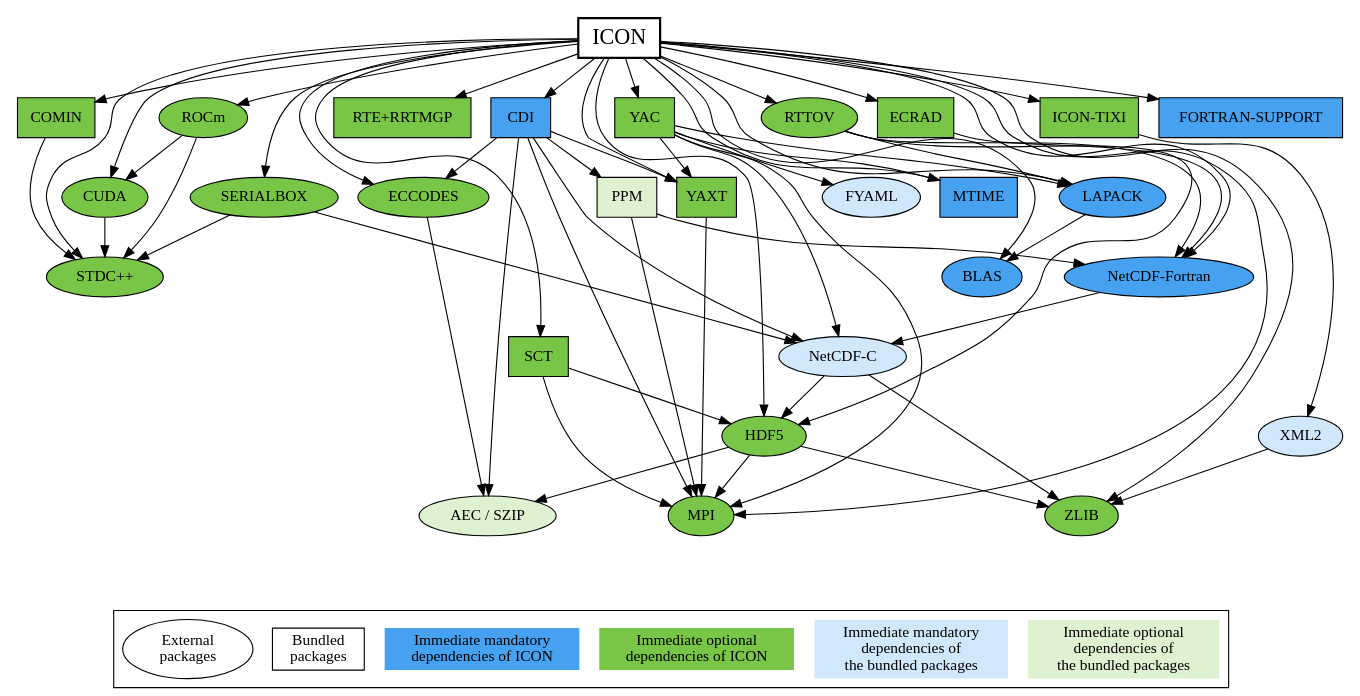
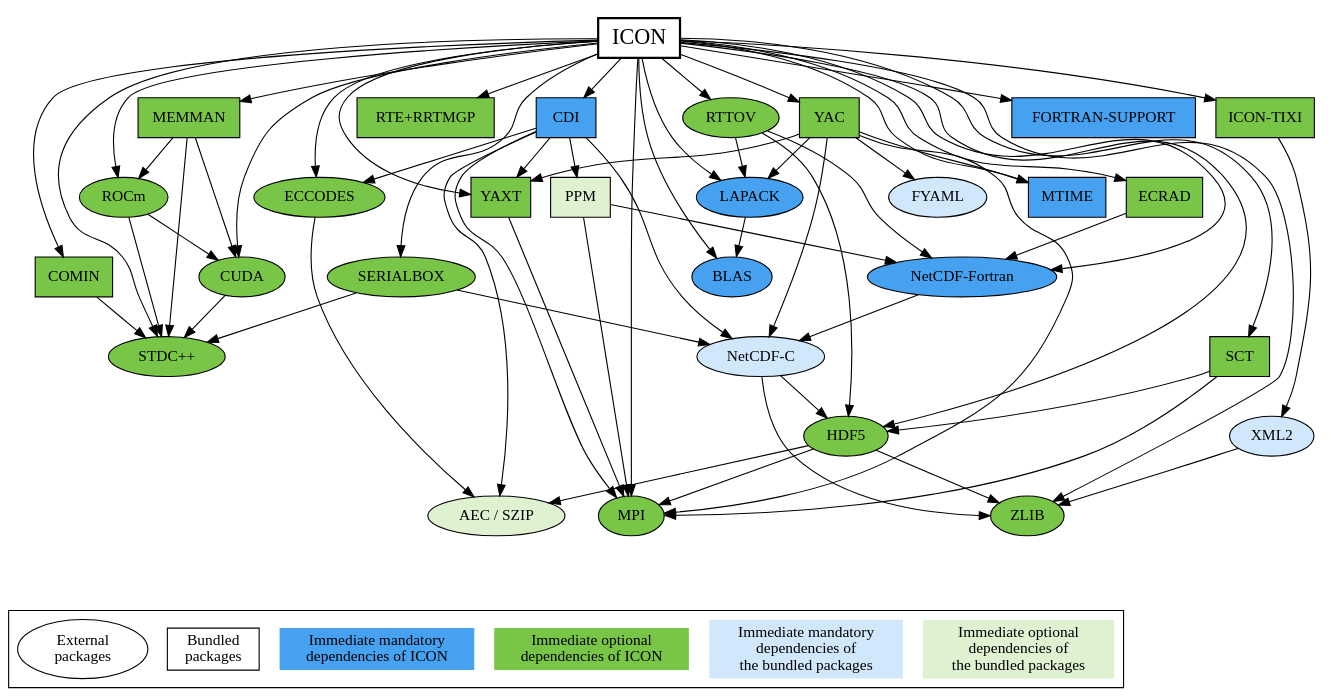
Before and after one commit to leuty/icon-model: the diagram in doc/www/buildrun/icon-depgraph.dot, drawn with Graphviz. The commit also changed 34 other files, not shown here.

```diff
--- a/doc/www/buildrun/icon-depgraph.dot
+++ b/doc/www/buildrun/icon-depgraph.dot
@@ -1,122 +1,125 @@
 // ICON
 //
 // ---------------------------------------------------------------
 // Copyright (C) 2004-2025, DWD, MPI-M, DKRZ, KIT, ETH, MeteoSwiss
 // Contact information: icon-model.org
 // See AUTHORS.TXT for a list of authors
 // See LICENSES/ for license information
 // SPDX-License-Identifier: BSD-3-Clause
 // ---------------------------------------------------------------
 
 digraph ICON {
 
 	bgcolor="transparent"
 
 	node [style=filled; shape=oval; fillcolor="#79C547"];
 
 	subgraph clusterMain {
 
 		graph [peripheries=0];
 
 		"ICON" [shape=box; fillcolor=white; fontsize=20; penwidth=2.0];
 		"ICON" -> {"STDC++"; "CUDA"; "ROCm"; "MPI"; "ZLIB"; "HDF5";
 			       "NetCDF-Fortran"; "RTE+RRTMGP"; "ECRAD"; "BLAS";
 			       "LAPACK"; "RTTOV"; "SCT"; "YAXT"; "ECCODES";
 			       "CDI"; "SERIALBOX"; "MTIME"; "YAC"; "ICON-TIXI";
-			       "COMIN"; "FORTRAN-SUPPORT"};
+			       "COMIN"; "FORTRAN-SUPPORT"; "MEMMAN"; };
 
 		"STDC++";
 
 		"CUDA";
 		"CUDA" -> {"STDC++"};
 
 		"ROCm";
 		"ROCm" -> {"STDC++"; "CUDA"};
 
 		"MPI";
 
 		"ZLIB";
 
 		"HDF5";
 		"HDF5" -> {"MPI"; "ZLIB"; "AEC / SZIP"};
 
 		"NetCDF-Fortran" [shape=oval; fillcolor="#47A1F1"]
 		"NetCDF-Fortran" -> {"NetCDF-C"};
 
 		"RTE+RRTMGP" [shape=box];
 
 		"ECRAD" [shape=box];
 		"ECRAD" -> {"NetCDF-Fortran"};
 
 		"BLAS" [fillcolor="#47A1F1"];
 
 		"LAPACK" [fillcolor="#47A1F1"];
 		"LAPACK" -> {"BLAS"};
 
 		"RTTOV";
 		"RTTOV" -> {"HDF5"; "NetCDF-Fortran"; "LAPACK"};
 
 		"SCT" [shape=box];
 		"SCT" -> {"MPI"; "HDF5"};
 
 		"YAXT" [shape=box];
 		"YAXT" -> {"MPI"};
 
 		"ECCODES";
 		"ECCODES" -> {"AEC / SZIP"};
 
 		"CDI" [shape=box; fillcolor="#47A1F1"];
 		"CDI" -> {"MPI"; "YAXT"; "ECCODES"; "AEC / SZIP"; "NetCDF-C"; "PPM"};
 
 		"SERIALBOX";
 		"SERIALBOX" -> {"STDC++"; "NetCDF-C"};
 
 		"MTIME" [shape=box; fillcolor="#47A1F1"];
 
 		"YAC" [shape=box];
 		"YAC" -> {"MPI"; "LAPACK"; "YAXT"; "MTIME"; "NetCDF-C"; "FYAML"};
 
 		"ICON-TIXI" [shape=box];
 		"ICON-TIXI" -> {"XML2"};
 
 		"COMIN" [shape=box];
 		"COMIN" -> {"STDC++"};
 
 		"FORTRAN-SUPPORT" [shape=box; fillcolor="#47A1F1"];
 
+		"MEMMAN" [shape=box];
+		"MEMMAN" -> {"STDC++"; "CUDA"; "ROCm"};
+
 		"AEC / SZIP" [fillcolor="#DEF1D1"];
 		"AEC / SZIP";
 
 		"NetCDF-C" [fillcolor="#D1E8FC"];
 		"NetCDF-C" -> {"ZLIB"; "HDF5"};
 
 		"PPM" [shape=box; fillcolor="#DEF1D1"];
 		"PPM" -> {"MPI"; "NetCDF-Fortran"};
 
 		"FYAML" [fillcolor="#D1E8FC"];
 		"FYAML";
 
 		"XML2" [fillcolor="#D1E8FC"];
 		"XML2" -> {"ZLIB"};
 
 		{
 			rank=sink;
 			bottomNode [shape=point; style=invis];
 		}
 	}
 
 	subgraph clusterLegend {
 		{
 			rank=same;
 			external -> bundled -> mandatoryIcon -> optionalIcon -> mandatoryBundled -> optionalBundled [style=invis];
 			external [label="External\npackages"; fillcolor=white];
 			bundled [label="Bundled\npackages"; shape=box; fillcolor=white];
 			mandatoryIcon [label="Immediate mandatory\ndependencies of ICON"; shape=plaintext; fillcolor="#47A1F1"];
 			optionalIcon [label="Immediate optional\ndependencies of ICON"; shape=plaintext];
 			mandatoryBundled [label="Immediate mandatory\ndependencies of\nthe bundled packages"; shape=plaintext; fillcolor="#D1E8FC"];
 			optionalBundled [label="Immediate optional\ndependencies of\nthe bundled packages"; shape=plaintext; fillcolor="#DEF1D1"];
 		}
 	}
 
 	bottomNode -> external:nw [style=invis];
 }
```
